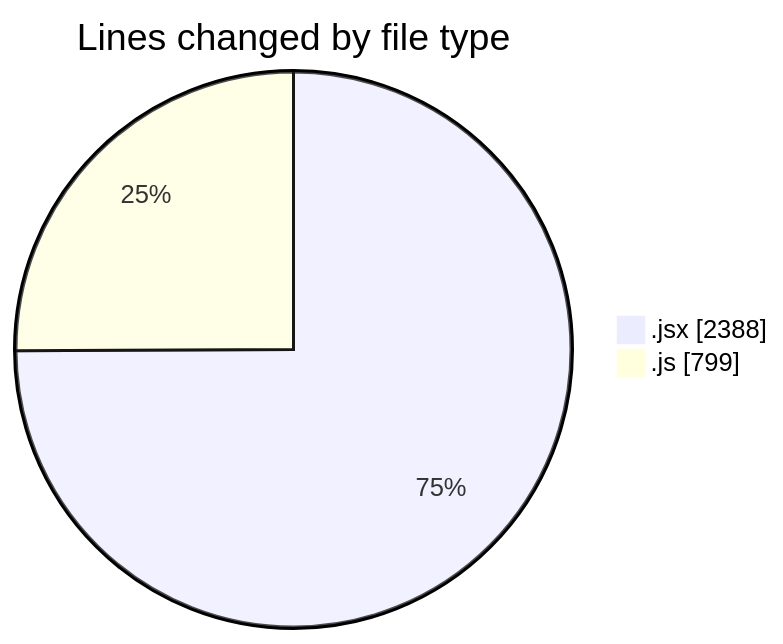
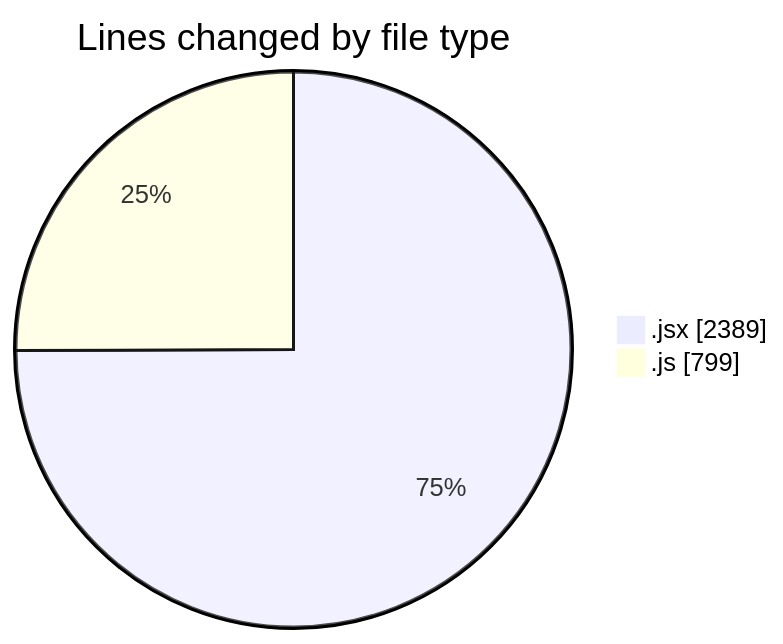
Before and after one commit to nxtqubesakshisongat/code-tracking: the first of 2 diagrams in 2025-07-14/argos/README.md, drawn with Mermaid. The commit also changed other lines of this file and 1 other file, not shown here.

````diff
--- a/2025-07-14/argos/README.md
+++ b/2025-07-14/argos/README.md
@@ -24,6 +24,6 @@
 ```mermaid
 pie showData
 title Lines changed by file type
-".jsx" : 2388
+".jsx" : 2389
 ".js" : 799
 ```
````
